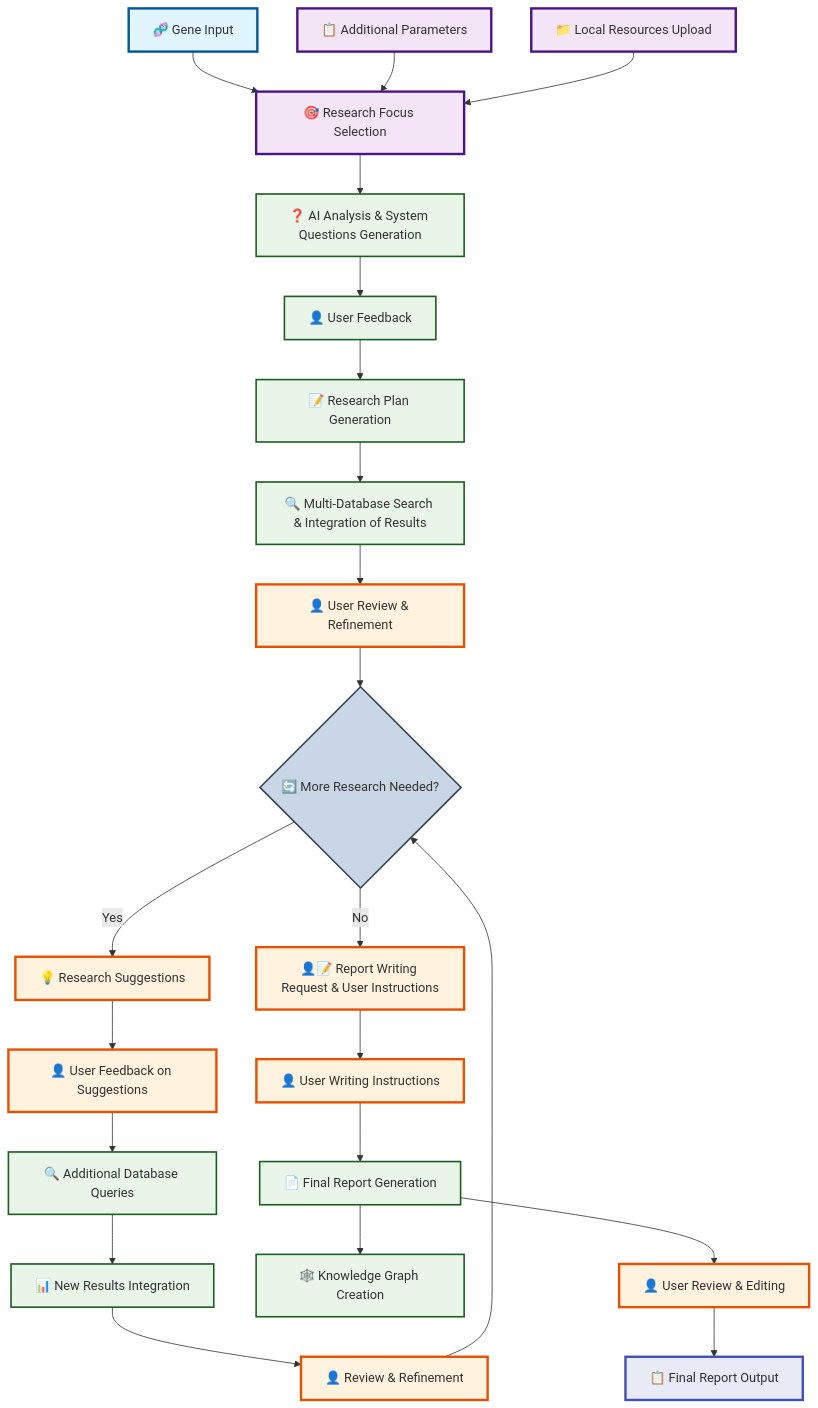
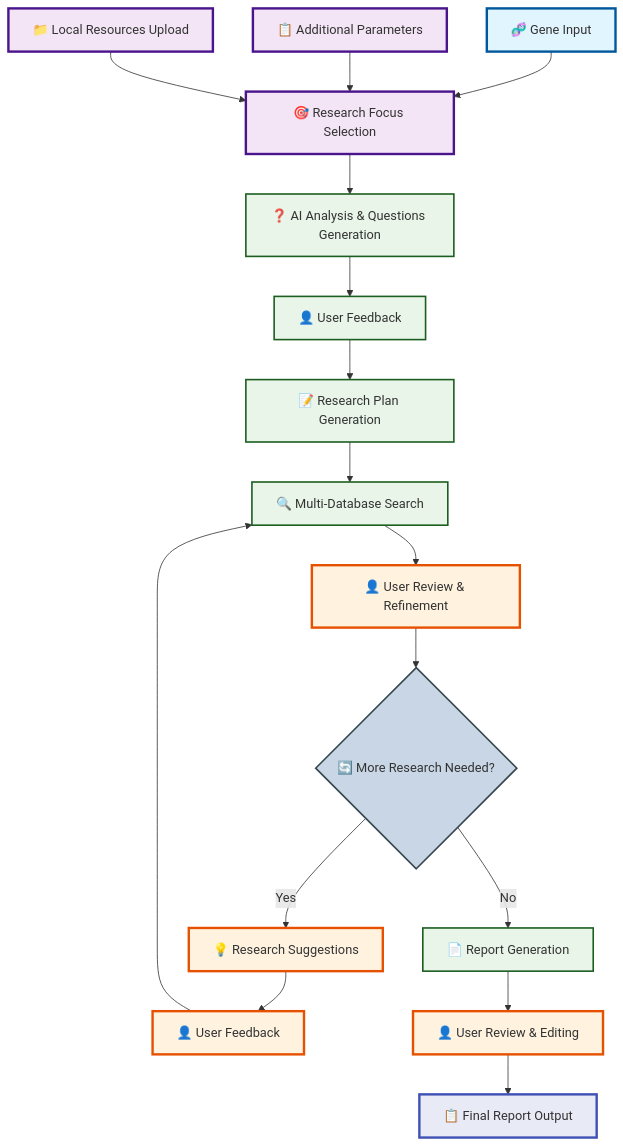
Before and after one commit to Scilence2022/DeepGeneResearch: the diagram in README.md, drawn with Mermaid.

````diff
--- a/README.md
+++ b/README.md
@@ -217,60 +217,48 @@
 ```mermaid
 flowchart TB
     %% User Input Phase
     A[🧬 Gene Input] --> B[🎯 Research Focus Selection]
     C[📋 Additional Parameters] --> B
     D[📁 Local Resources Upload] --> B
     
     %% AI Analysis Phase
-    B --> E[❓ AI Analysis & System Questions Generation]
+    B --> E[❓ AI Analysis & Questions Generation]
     E --> F[👤 User Feedback]
     F --> G[📝 Research Plan Generation]
     
     %% Search Phase
-    G --> H[🔍 Multi-Database Search & Integration of Results]
+    G --> H[🔍 Multi-Database Search]
     H --> I[👤 User Review & Refinement]
     I --> J{🔄 More Research Needed?}
     
     %% Iteration Loop
     J -->|Yes| K[💡 Research Suggestions]
-    K --> L[👤 User Feedback on Suggestions]
-    L --> M[🔍 Additional Database Queries]
-    M --> N[📊 New Results Integration]
-    N --> O[👤 Review & Refinement]
-    O --> J
+    K --> L[👤 User Feedback]
+    L --> H
     
     %% Final Phase
-    J -->|No| P[👤📝 Report Writing Request & User Instructions]
-    P --> Q[👤 User Writing Instructions]
-    Q --> R[📄 Final Report Generation]
-    R --> S[🕸️ Knowledge Graph Creation]
-    R --> T[👤 User Review & Editing]
-    T --> U[📋 Final Report Output]
+    J -->|No| M[📄 Report Generation]
+    M --> N[👤 User Review & Editing]
+    N --> O[📋 Final Report Output]
     
     %% User Interaction Styling
     style A fill:#e1f5fe,stroke:#01579b,stroke-width:3px
     style B fill:#f3e5f5,stroke:#4a148c,stroke-width:3px
     style C fill:#f3e5f5,stroke:#4a148c,stroke-width:3px
     style D fill:#f3e5f5,stroke:#4a148c,stroke-width:3px
     style I fill:#fff3e0,stroke:#e65100,stroke-width:3px
     style K fill:#fff3e0,stroke:#e65100,stroke-width:3px
     style L fill:#fff3e0,stroke:#e65100,stroke-width:3px
-    style O fill:#fff3e0,stroke:#e65100,stroke-width:3px
-    style P fill:#fff3e0,stroke:#e65100,stroke-width:3px
-    style Q fill:#fff3e0,stroke:#e65100,stroke-width:3px
-    style T fill:#fff3e0,stroke:#e65100,stroke-width:3px
+    style N fill:#fff3e0,stroke:#e65100,stroke-width:3px
     
     %% AI Processing Styling
     style E fill:#e8f5e8,stroke:#1b5e20,stroke-width:2px
     style F fill:#e8f5e8,stroke:#1b5e20,stroke-width:2px
     style G fill:#e8f5e8,stroke:#1b5e20,stroke-width:2px
     style H fill:#e8f5e8,stroke:#1b5e20,stroke-width:2px
     style M fill:#e8f5e8,stroke:#1b5e20,stroke-width:2px
-    style N fill:#e8f5e8,stroke:#1b5e20,stroke-width:2px
-    style R fill:#e8f5e8,stroke:#1b5e20,stroke-width:2px
-    style S fill:#e8f5e8,stroke:#1b5e20,stroke-width:2px
     
     %% Decision and Output Styling
     style J fill:#c8d6e5,stroke:#37474f,stroke-width:2px
-    style U fill:#e8eaf6,stroke:#3f51b5,stroke-width:3px
+    style O fill:#e8eaf6,stroke:#3f51b5,stroke-width:3px
 ```
````
